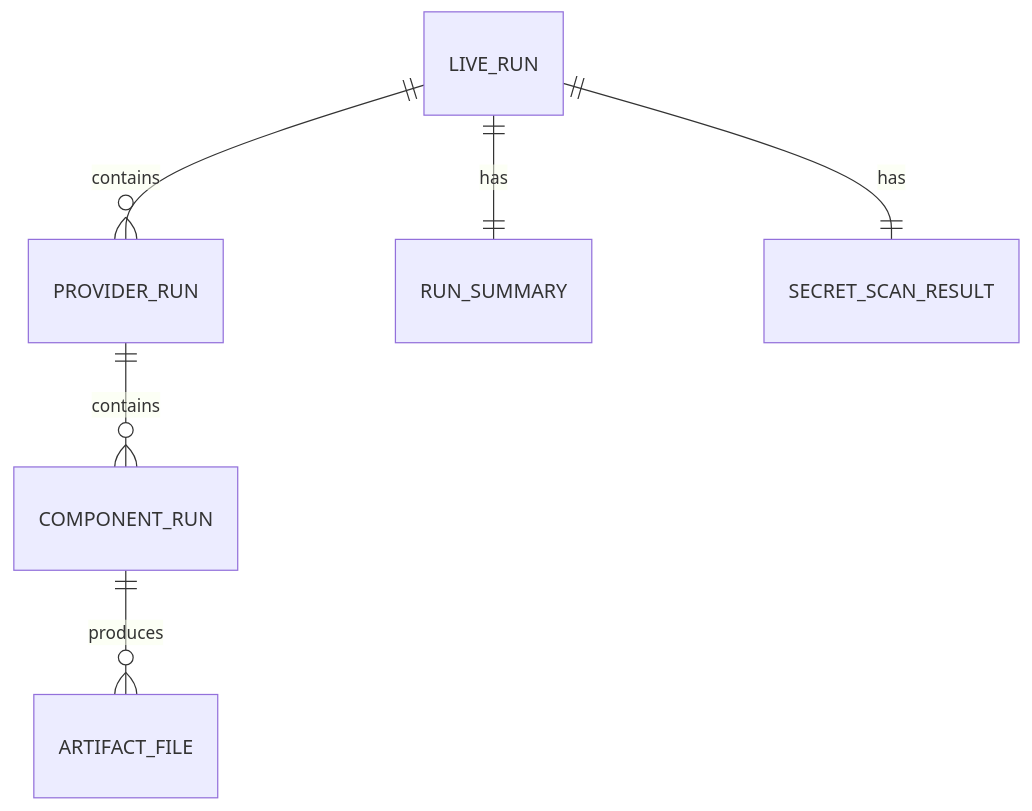
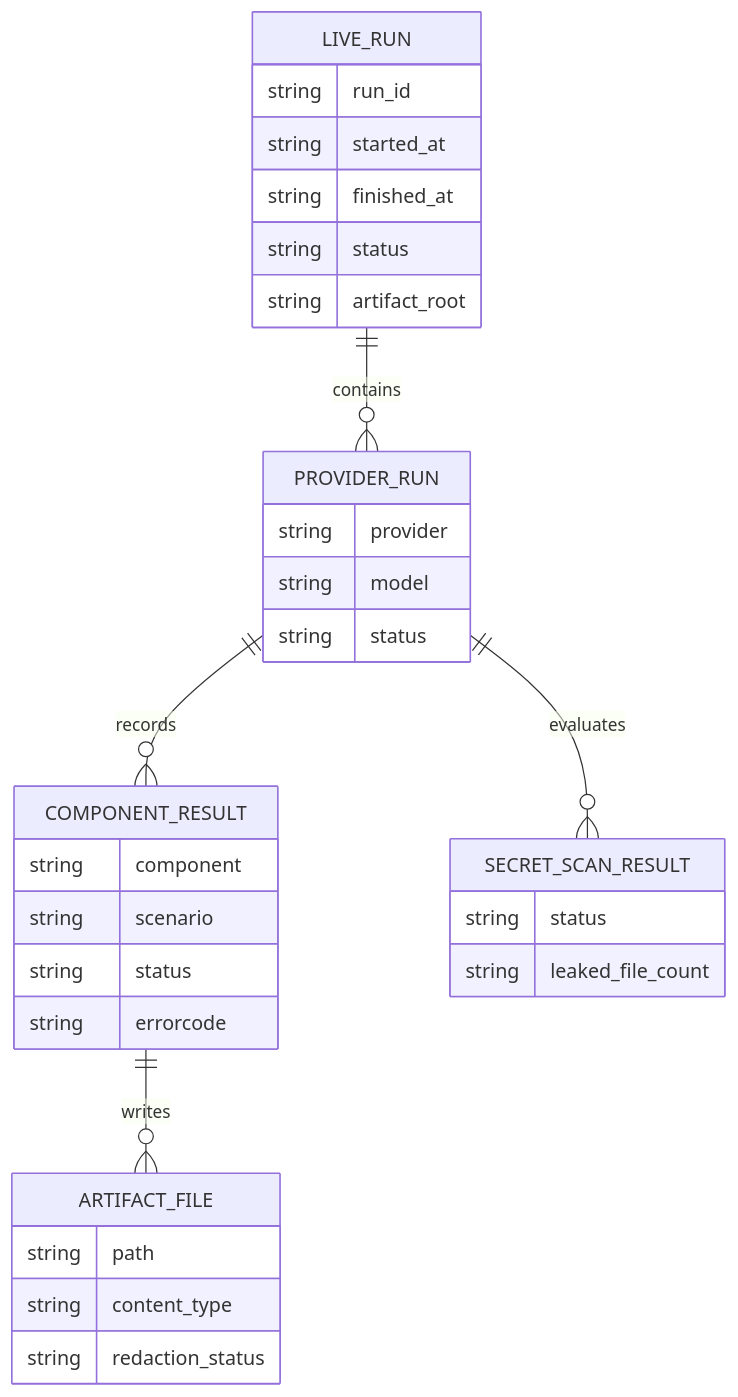
The second of 5 diagrams in docs/sprints/SPRINT-004-comprehensive-implementation-plan.md (jaytaylor/attractor-tcl), drawn with Mermaid before and after one commit. The commit also changed other lines of this file, not shown here.

````diff
--- a/docs/sprints/SPRINT-004-comprehensive-implementation-plan.md
+++ b/docs/sprints/SPRINT-004-comprehensive-implementation-plan.md
@@ -1657,8 +1781,39 @@
 ```mermaid
 erDiagram
   LIVE_RUN ||--o{ PROVIDER_RUN : contains
-  PROVIDER_RUN ||--o{ COMPONENT_RUN : contains
-  COMPONENT_RUN ||--o{ ARTIFACT_FILE : produces
-  LIVE_RUN ||--|| RUN_SUMMARY : has
-  LIVE_RUN ||--|| SECRET_SCAN_RESULT : has
+  PROVIDER_RUN ||--o{ COMPONENT_RESULT : records
+  PROVIDER_RUN ||--o{ SECRET_SCAN_RESULT : evaluates
+  COMPONENT_RESULT ||--o{ ARTIFACT_FILE : writes
+
+  LIVE_RUN {
+    string run_id
+    string started_at
+    string finished_at
+    string status
+    string artifact_root
+  }
+
+  PROVIDER_RUN {
+    string provider
+    string model
+    string status
+  }
+
+  COMPONENT_RESULT {
+    string component
+    string scenario
+    string status
+    string errorcode
+  }
+
+  SECRET_SCAN_RESULT {
+    string status
+    string leaked_file_count
+  }
+
+  ARTIFACT_FILE {
+    string path
+    string content_type
+    string redaction_status
+  }
 ```
````
